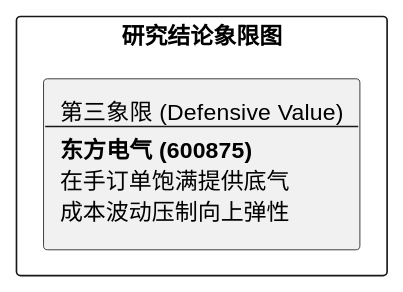
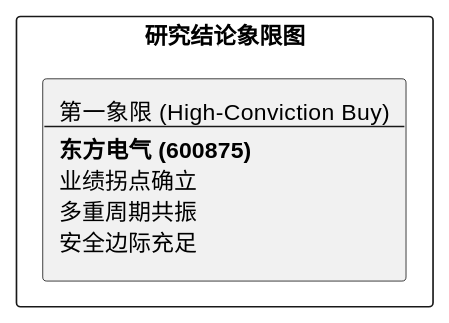
Before and after one commit to hrzzzrh/QuantPyLab: the diagram in investigation/equities/东方电气/reports/研报章节七：投资摘要与风险因素.md, drawn with PlantUML. The commit also changed other lines of this file and 159 other files, not shown here.

````diff
--- a/investigation/equities/东方电气/reports/研报章节七：投资摘要与风险因素.md
+++ b/investigation/equities/东方电气/reports/研报章节七：投资摘要与风险因素.md
@@ -24,7 +24,7 @@
 ```plantuml
 @startuml
 rectangle "研究结论象限图" {
-    rectangle "第三象限 (Defensive Value)\n--\n**东方电气 (600875)**\n在手订单饱满提供底气\n成本波动压制向上弹性" as Q3
+    rectangle "第一象限 (High-Conviction Buy)\n--\n**东方电气 (600875)**\n业绩拐点确立\n多重周期共振\n安全边际充足" as Q1
 }
 @enduml
 ```
````
